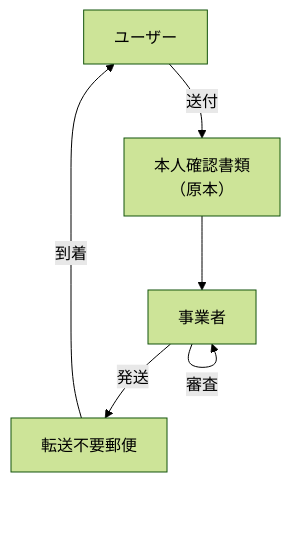
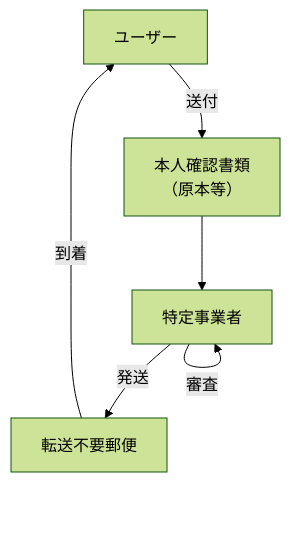
Before and after one commit to CiderH2CO3/study-hanshuho: the fifth of 20 diagrams in hanshuho.md, drawn with Mermaid (forest theme). The commit also changed other lines of this file, not shown here.

````diff
--- a/hanshuho.md
+++ b/hanshuho.md
@@ -223,13 +229,13 @@
 ```mermaid
 graph TD
     User["ユーザー"]
-    Biz["事業者"]
-    Doc["本人確認書類<br/>（原本）"]
+    Biz[特定事業者]
+    Doc["本人確認書類<br/>（原本等）"]
     Mail["転送不要郵便"]
 
     User -->|"送付"| Doc
     Doc --> Biz
     Biz -->|"審査"| Biz
     Biz -->|"発送"| Mail
     Mail -->|"到着"| User
 ```
````
